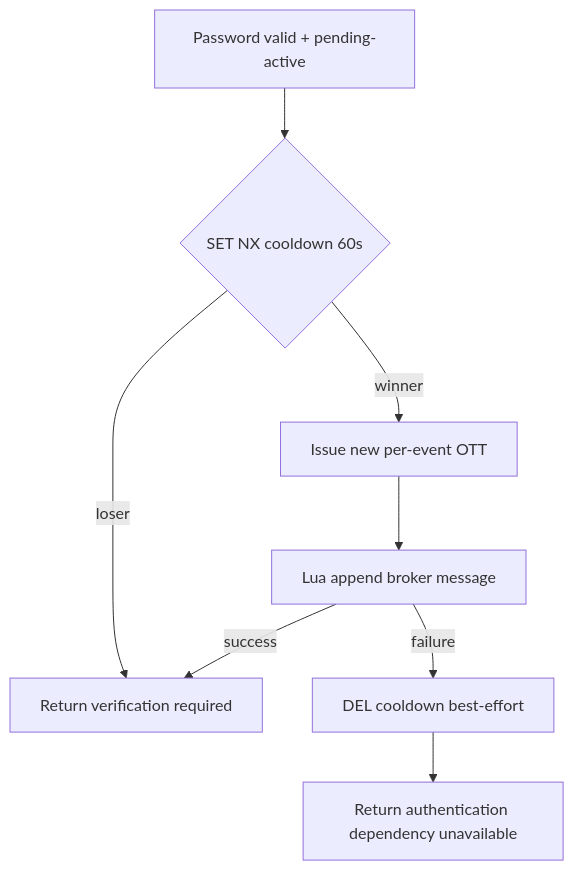
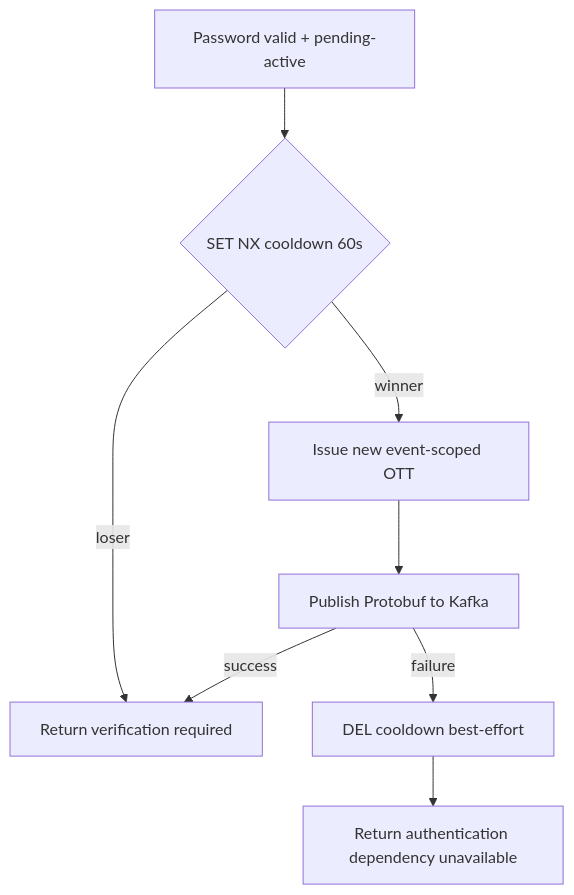
One commit to phucle996/aurora changed the third of 3 diagrams in god_view/iam/user_registration_god_view_workflow.md. Above: the diagram before and after it, drawn with Mermaid. The commit also changed other lines of this file and 91 other files, not shown here.

````diff
--- a/god_view/iam/user_registration_god_view_workflow.md
+++ b/god_view/iam/user_registration_god_view_workflow.md
@@ -212,10 +193,10 @@
 ```mermaid
 flowchart TD
     P[Password valid + pending-active] --> C{SET NX cooldown 60s}
     C -- loser --> R[Return verification required]
-    C -- winner --> M[Issue new per-event OTT]
-    M --> X[Lua append broker message]
-    X -- success --> R
-    X -- failure --> D[DEL cooldown best-effort]
+    C -- winner --> O[Issue new event-scoped OTT]
+    O --> K[Publish Protobuf to Kafka]
+    K -- success --> R
+    K -- failure --> D[DEL cooldown best-effort]
     D --> E[Return authentication dependency unavailable]
 ```
````
